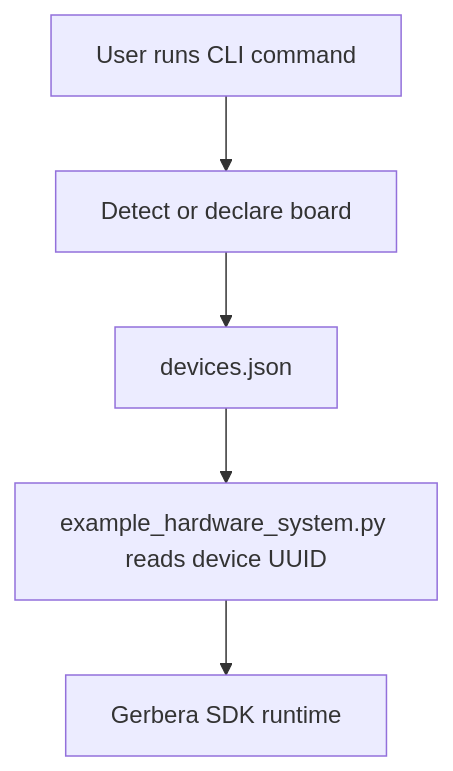
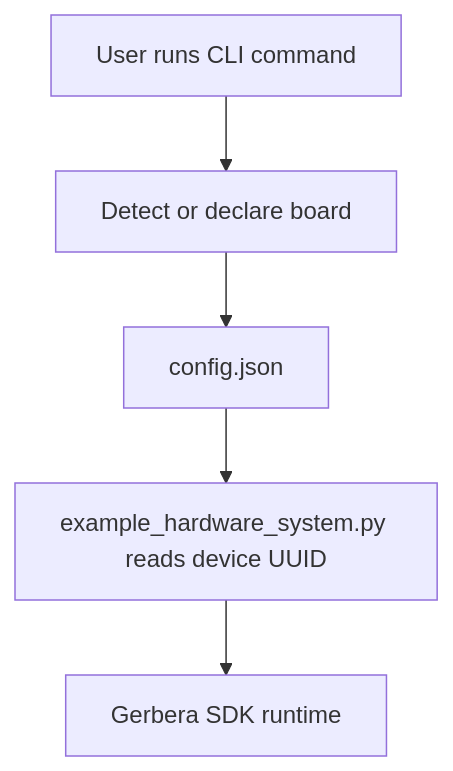
The diagram in src/gerbera_cli/README.md (BaronLiu1993/gerbera), drawn with Mermaid before and after one commit. The commit also changed other lines of this file and 11 other files, not shown here.

````diff
--- a/src/gerbera_cli/README.md
+++ b/src/gerbera_cli/README.md
@@ -32,7 +32,7 @@
 ```mermaid
 flowchart TD
     A[User runs CLI command] --> B[Detect or declare board]
-    B --> C[devices.json]
+    B --> C[config.json]
     C --> D[example_hardware_system.py reads device UUID]
     D --> E[Gerbera SDK runtime]
 ```
````
